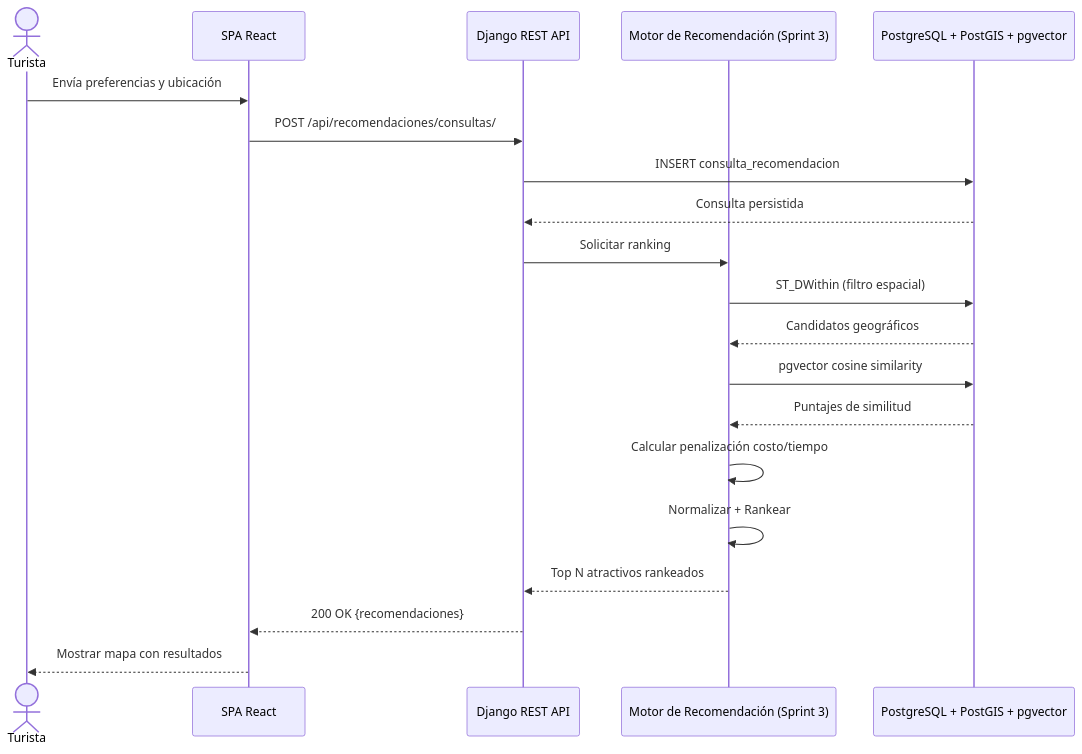
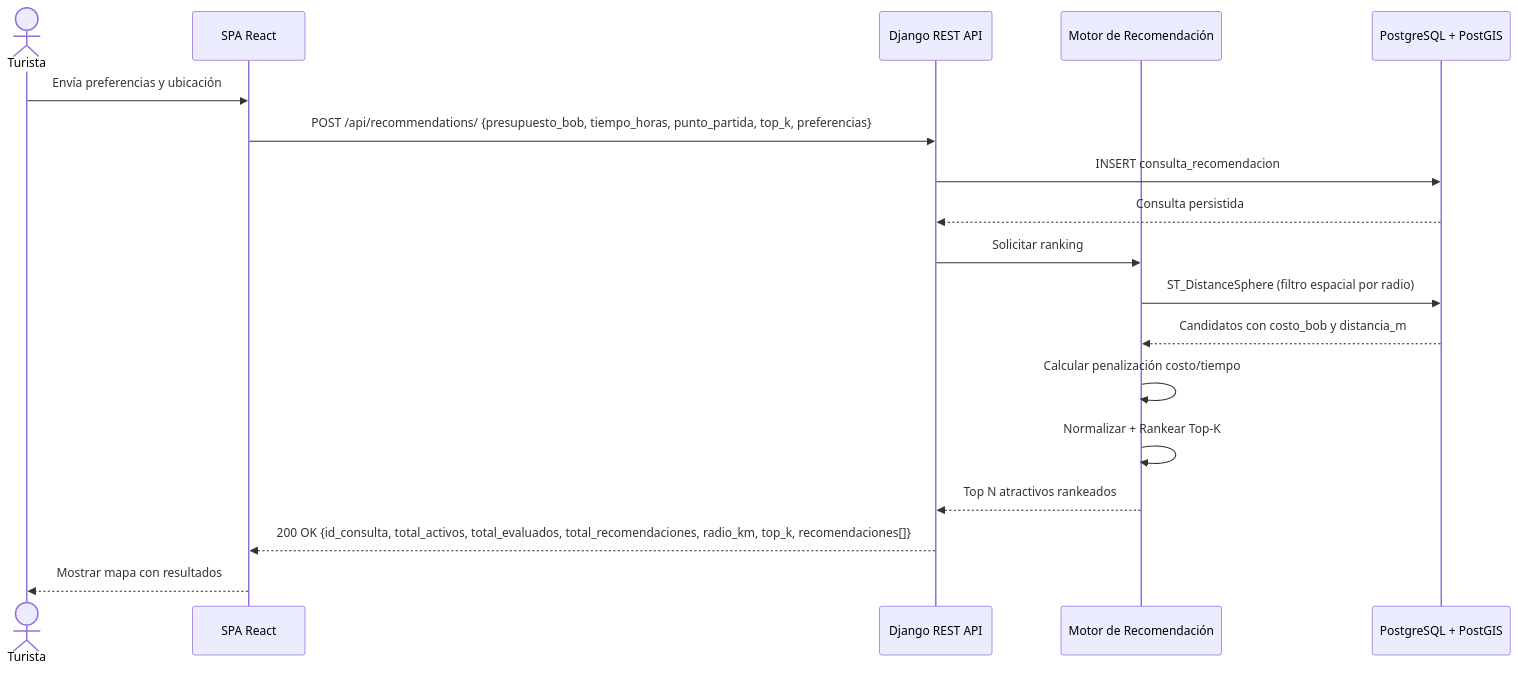
Before and after one commit to SajorIARA/proyecto-de-sistemas: the tenth of 10 diagrams in docs/architecture/03-secuencia.md, drawn with Mermaid. The commit also changed other lines of this file and 11 other files, not shown here.

First line of the commit message:
feat(recomendaciones): motor de recomendación Top-K con filtros duros (#27)

````diff
--- a/docs/architecture/03-secuencia.md
+++ b/docs/architecture/03-secuencia.md
@@ -212,23 +215,21 @@
 ```mermaid
 sequenceDiagram
     actor Turista
     participant Frontend as SPA React
     participant API as Django REST API
-    participant Recomendador as Motor de Recomendación (Sprint 3)
-    participant DB as PostgreSQL + PostGIS + pgvector
+    participant Recomendador as Motor de Recomendación
+    participant DB as PostgreSQL + PostGIS
 
     Turista->>Frontend: Envía preferencias y ubicación
-    Frontend->>API: POST /api/recomendaciones/consultas/
+    Frontend->>API: POST /api/recommendations/ {presupuesto_bob, tiempo_horas, punto_partida, top_k, preferencias}
     API->>DB: INSERT consulta_recomendacion
     DB-->>API: Consulta persistida
     API->>Recomendador: Solicitar ranking
-    Recomendador->>DB: ST_DWithin (filtro espacial)
-    DB-->>Recomendador: Candidatos geográficos
-    Recomendador->>DB: pgvector cosine similarity
-    DB-->>Recomendador: Puntajes de similitud
+    Recomendador->>DB: ST_DistanceSphere (filtro espacial por radio)
+    DB-->>Recomendador: Candidatos con costo_bob y distancia_m
     Recomendador->>Recomendador: Calcular penalización costo/tiempo
-    Recomendador->>Recomendador: Normalizar + Rankear
+    Recomendador->>Recomendador: Normalizar + Rankear Top-K
     Recomendador-->>API: Top N atractivos rankeados
-    API-->>Frontend: 200 OK {recomendaciones}
+    API-->>Frontend: 200 OK {id_consulta, total_activos, total_evaluados, total_recomendaciones, radio_km, top_k, recomendaciones[]}
     Frontend-->>Turista: Mostrar mapa con resultados
 ```
````
